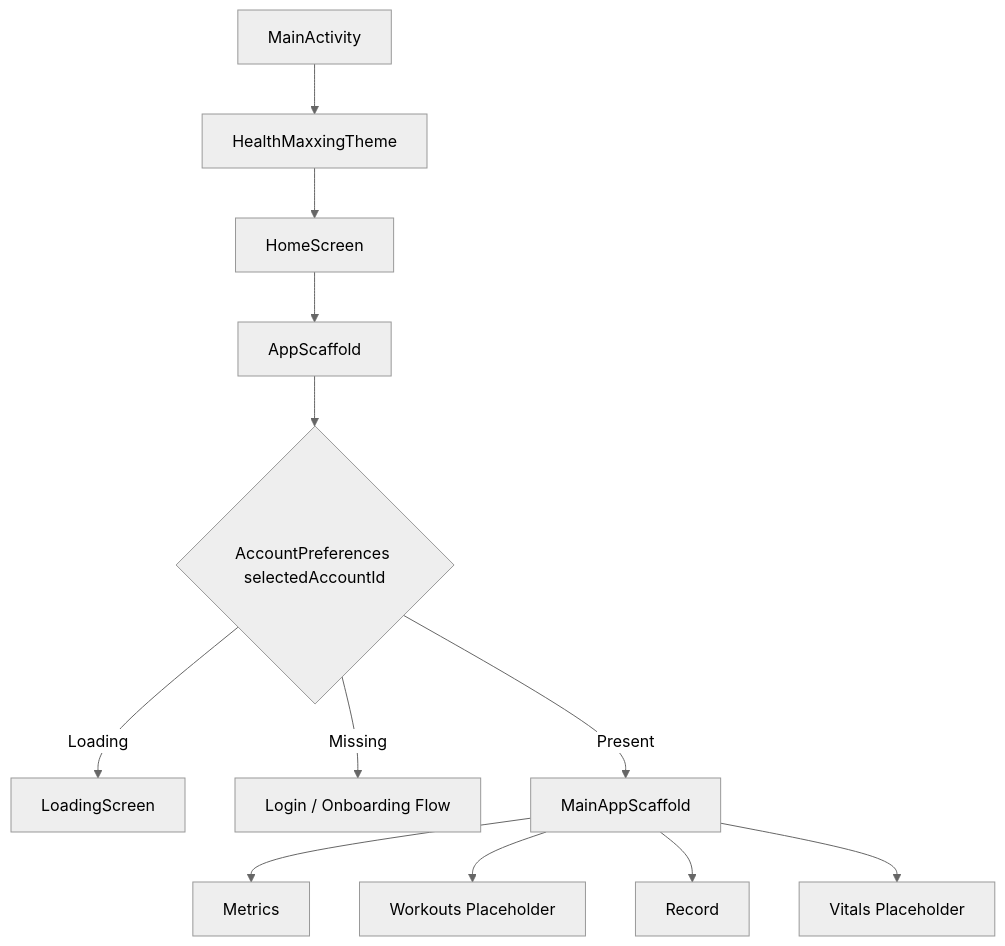
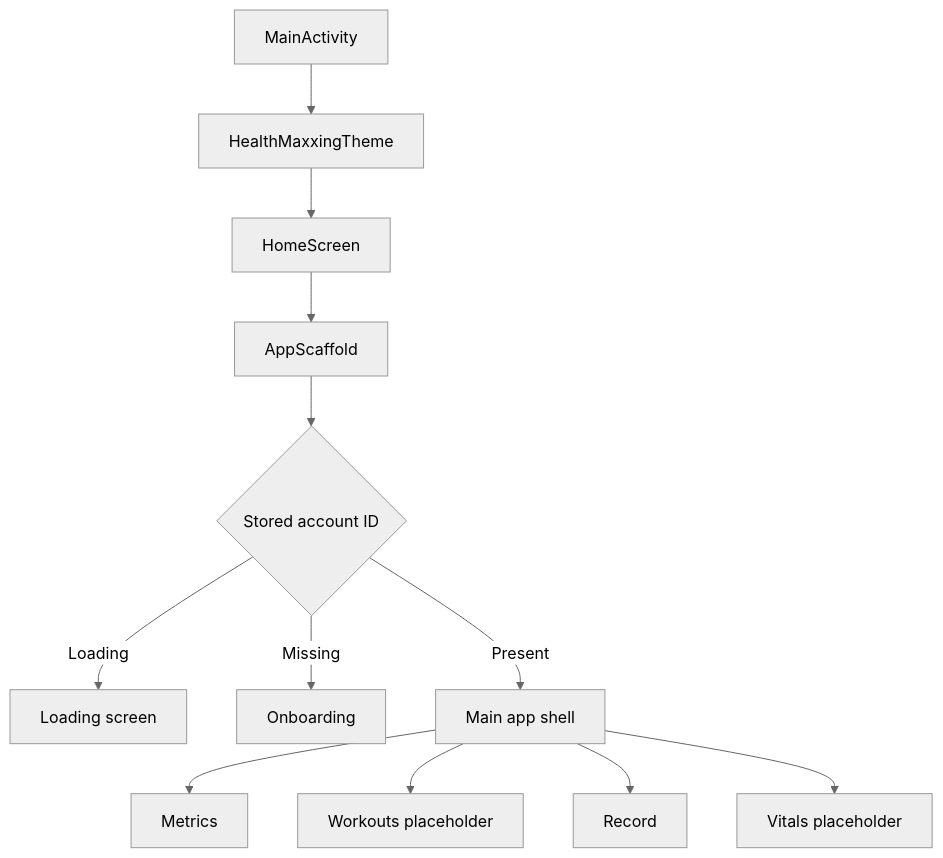
Before and after one commit to aneeshpatne/healthmaxxing_android: the first of 2 diagrams in README.md, drawn with Mermaid (neutral theme). The commit also changed other lines of this file, not shown here.

````diff
--- a/README.md
+++ b/README.md
@@ -89,14 +163,14 @@
 ```mermaid
 flowchart TD
     A[MainActivity] --> B[HealthMaxxingTheme]
     B --> C[HomeScreen]
     C --> D[AppScaffold]
-    D --> E{AccountPreferences selectedAccountId}
-    E -->|Loading| F[LoadingScreen]
-    E -->|Missing| G[Login / Onboarding Flow]
-    E -->|Present| H[MainAppScaffold]
+    D --> E{Stored account ID}
+    E -->|Loading| F[Loading screen]
+    E -->|Missing| G[Onboarding]
+    E -->|Present| H[Main app shell]
     H --> I[Metrics]
-    H --> J[Workouts Placeholder]
+    H --> J[Workouts placeholder]
     H --> K[Record]
-    H --> L[Vitals Placeholder]
+    H --> L[Vitals placeholder]
 ```
````
